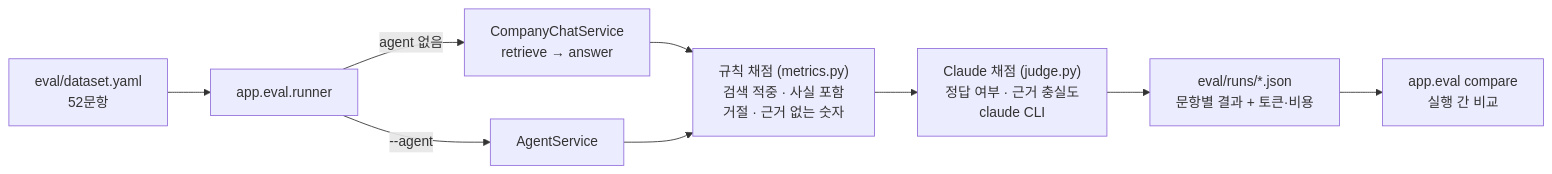
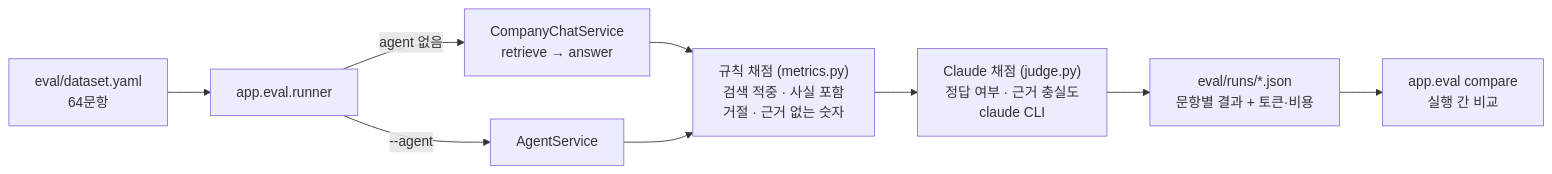
The sixth of 6 diagrams in docs/architecture.md (Daniel0915/rag-company-report-py), drawn with Mermaid before and after one commit. The commit also changed other lines of this file and 2 other files, not shown here.

````diff
--- a/docs/architecture.md
+++ b/docs/architecture.md
@@ -178,11 +193,11 @@
 ```mermaid
 flowchart LR
-    ds["eval/dataset.yaml<br/>52문항"] --> run["app.eval.runner"]
+    ds["eval/dataset.yaml<br/>64문항"] --> run["app.eval.runner"]
     run -->|"agent 없음"| chat["CompanyChatService<br/>retrieve → answer"]
     run -->|"--agent"| ag["AgentService"]
     chat --> rule["규칙 채점 (metrics.py)<br/>검색 적중 · 사실 포함<br/>거절 · 근거 없는 숫자"]
     ag --> rule
     rule --> judge["Claude 채점 (judge.py)<br/>정답 여부 · 근거 충실도<br/>claude CLI"]
     judge --> out["eval/runs/*.json<br/>문항별 결과 + 토큰·비용"]
     out --> cmp["app.eval compare<br/>실행 간 비교"]
 ```
````
